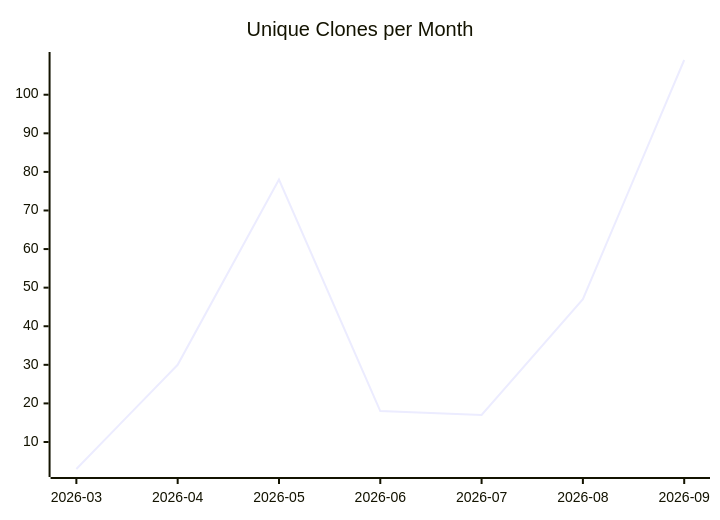
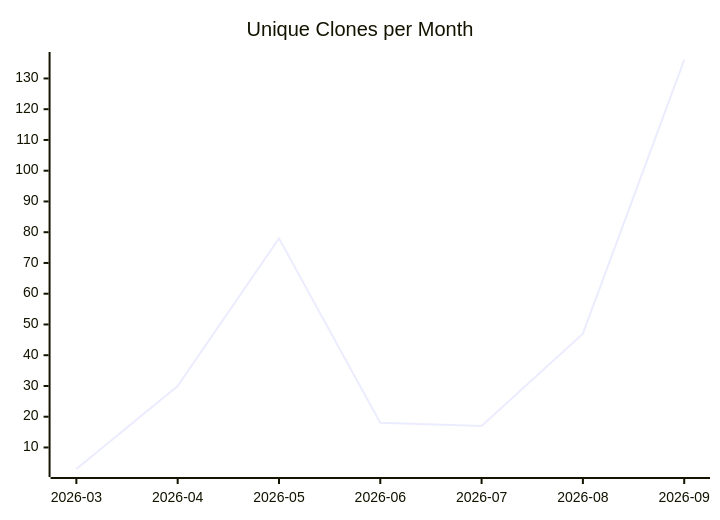
The third of 3 diagrams in karlmdavis/justdavis-ansible/README.md (justdavis-family/github-analytics-data), drawn with Mermaid before and after one commit. The commit also changed other lines of this file and 190 other files, not shown here.

````diff
--- a/karlmdavis/justdavis-ansible/README.md
+++ b/karlmdavis/justdavis-ansible/README.md
@@ -19,6 +19,6 @@
 ```mermaid
 xychart-beta
   title "Unique Clones per Month"
   x-axis ["2026-03", "2026-04", "2026-05", "2026-06", "2026-07", "2026-08", "2026-09"]
-  line [3, 30, 78, 18, 17, 47, 109]
+  line [3, 30, 78, 18, 17, 47, 136]
 ```
````
